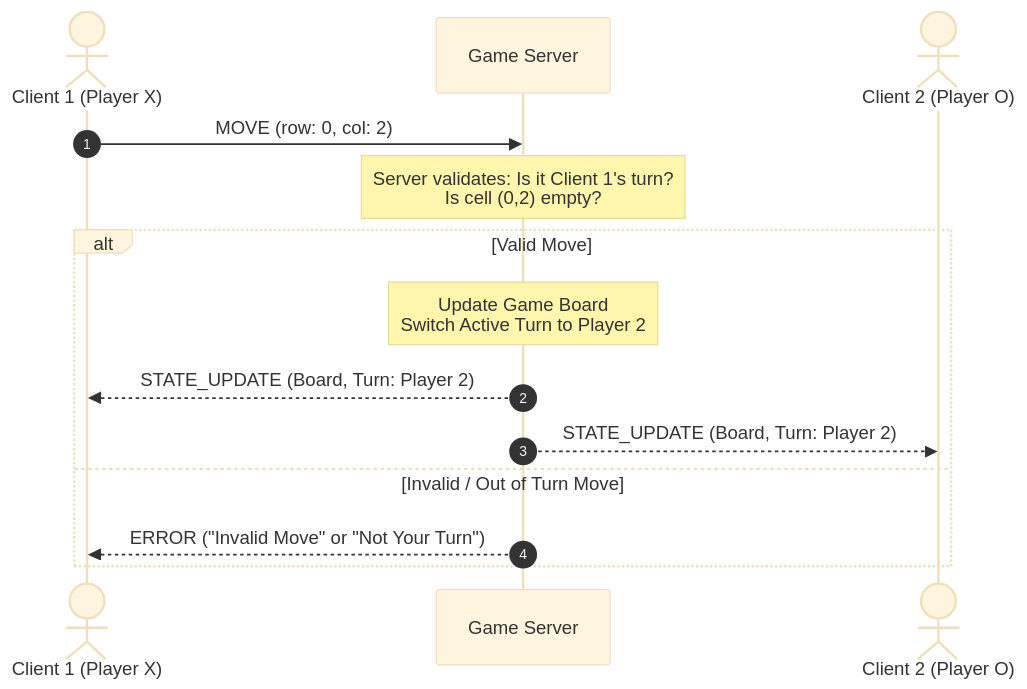
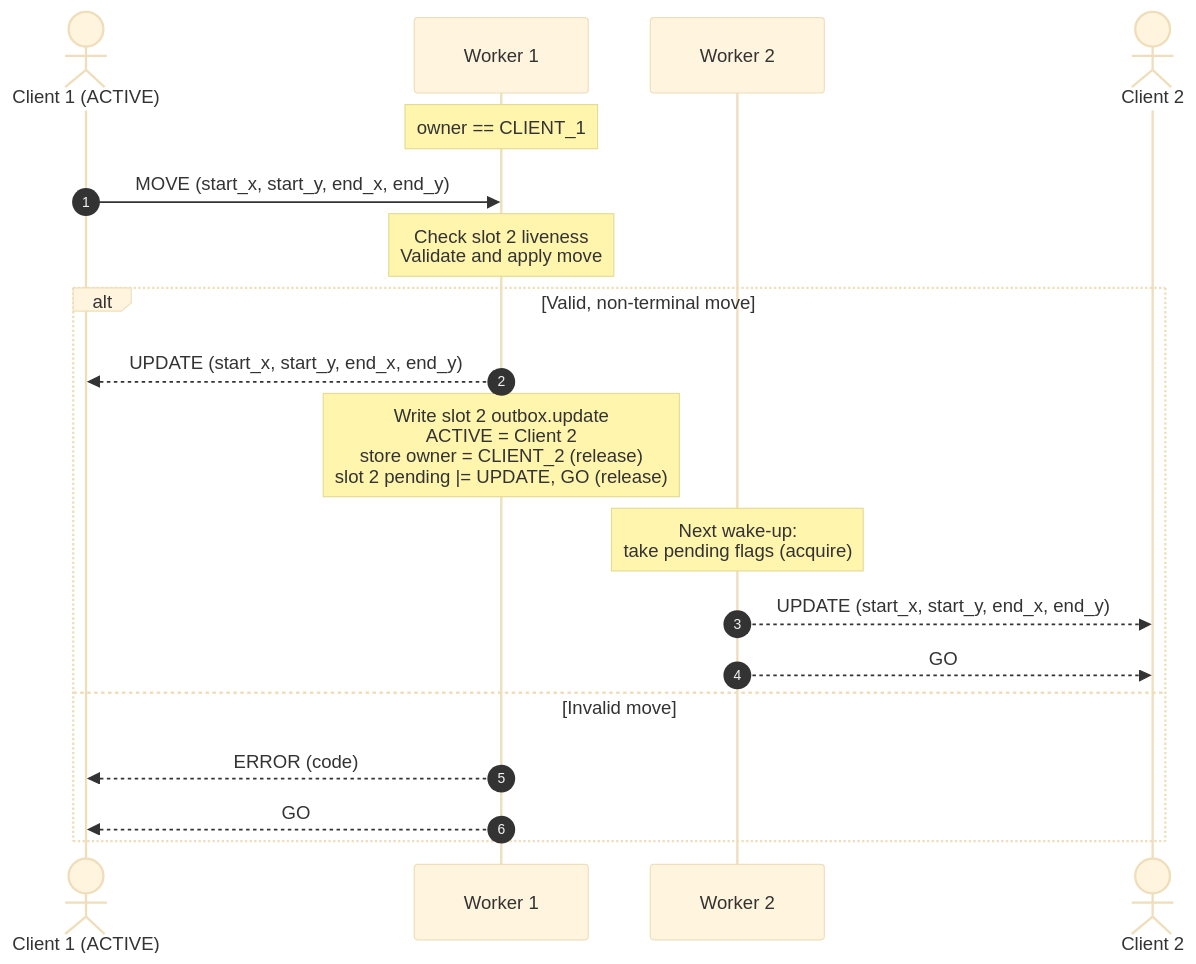
One commit to ASTNTN/Network changed the diagram in docs/concurrency_design.md. Above: the diagram before and after it, drawn with Mermaid (base theme). The commit also changed other lines of this file and 3 other files, not shown here.

````diff
--- a/docs/concurrency_design.md
+++ b/docs/concurrency_design.md
@@ -39,17 +158,22 @@
 ```mermaid
 sequenceDiagram
     autonumber
-    actor Client1 as Client 1 (Player X)
-    participant Server as Game Server
-    actor Client2 as Client 2 (Player O)
+    actor Client1 as Client 1 (ACTIVE)
+    participant W1 as Worker 1
+    participant W2 as Worker 2
+    actor Client2 as Client 2
 
-    Client1->>Server: MOVE (row: 0, col: 2)
-    Note over Server: Server validates: Is it Client 1's turn?<br>Is cell (0,2) empty?
-    alt Valid Move
-        Note over Server: Update Game Board<br>Switch Active Turn to Player 2
-        Server-->>Client1: STATE_UPDATE (Board, Turn: Player 2)
-        Server-->>Client2: STATE_UPDATE (Board, Turn: Player 2)
-    else Invalid / Out of Turn Move
-        Server-->>Client1: ERROR ("Invalid Move" or "Not Your Turn")
+    Note over W1: owner == CLIENT_1
+    Client1->>W1: MOVE (start_x, start_y, end_x, end_y)
+    Note over W1: Check slot 2 liveness<br>Validate and apply move
+    alt Valid, non-terminal move
+        W1-->>Client1: UPDATE (start_x, start_y, end_x, end_y)
+        Note over W1: Write slot 2 outbox.update<br>ACTIVE = Client 2<br>store owner = CLIENT_2 (release)<br>slot 2 pending |= UPDATE, GO (release)
+        Note over W2: Next wake-up:<br>take pending flags (acquire)
+        W2-->>Client2: UPDATE (start_x, start_y, end_x, end_y)
+        W2-->>Client2: GO
+    else Invalid move
+        W1-->>Client1: ERROR (code)
+        W1-->>Client1: GO
     end
 ```
````
